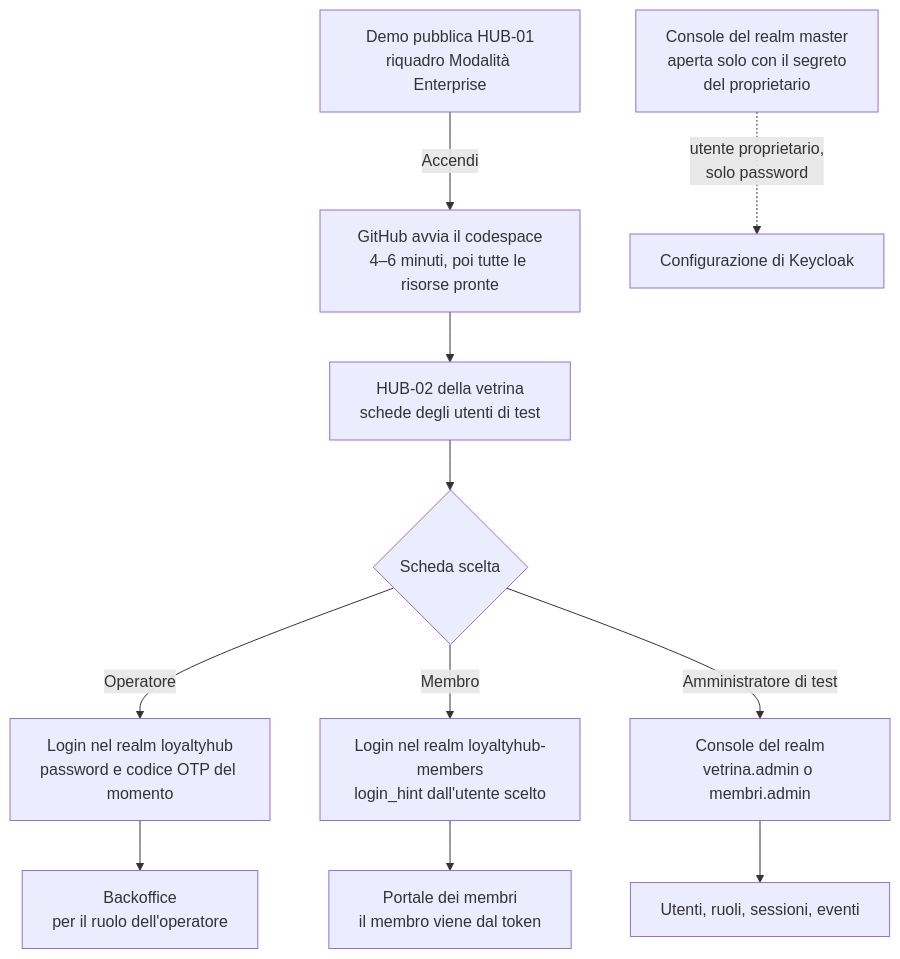
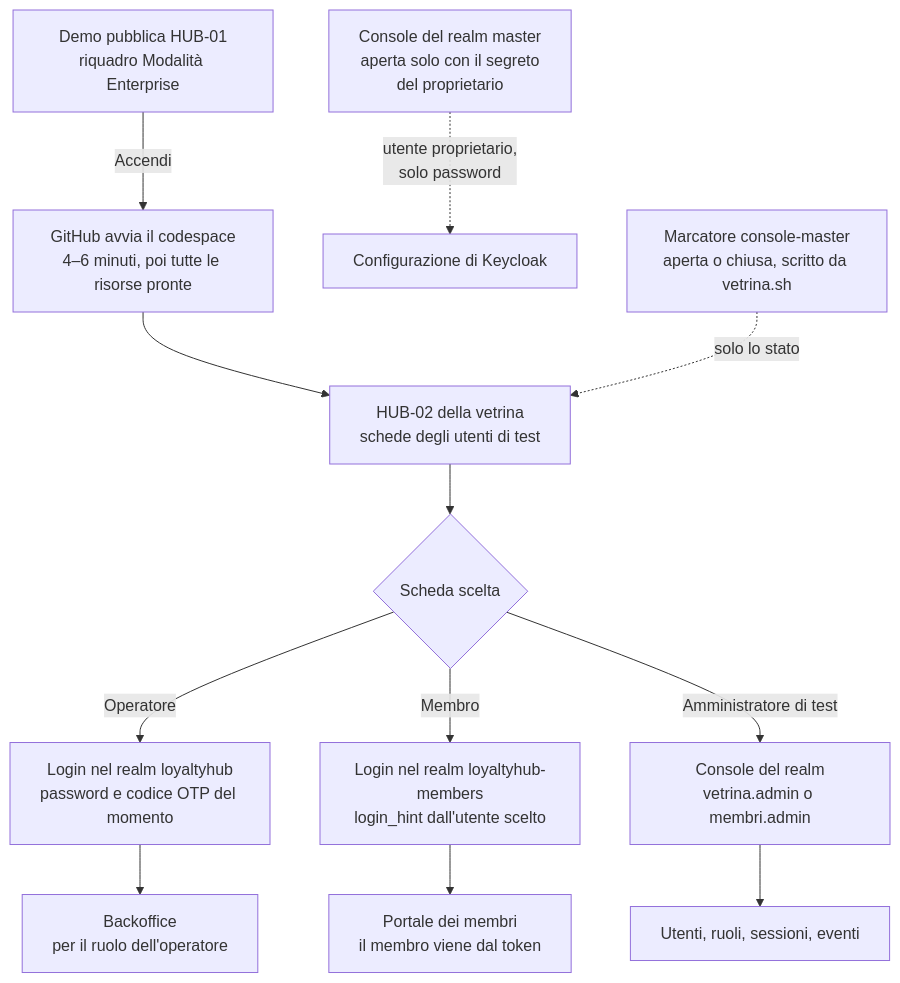
Before and after one commit to peppe-ruv/Loyalty_Sys: the fifth of 12 diagrams in concetti/vetrina-enterprise.mdx, drawn with Mermaid. The commit also changed other lines of this file and 17 other files, not shown here.

First line of the commit message:
feat(hub): HUB-02 mostra la console del realm master con stato aperta o chiusa [F2-DIST-09, ADR-055, Q-727, docs/18 M8.14] (#246)

````diff
--- a/concetti/vetrina-enterprise.mdx
+++ b/concetti/vetrina-enterprise.mdx
@@ -136,15 +136,16 @@
 ```mermaid
 flowchart TD
   accTitle: Percorso dal browser verso la vetrina enterprise
-  accDescr: Il visitatore parte dalla demo pubblica, accende la modalità Enterprise con il pulsante nel riquadro, attende l'avvio del codespace e arriva a HUB-02 della vetrina. Lì sceglie la scheda di un utente di test: l'operatore entra nel realm loyaltyhub con password e codice OTP del momento e arriva al backoffice, il membro entra nel realm loyaltyhub-members e arriva al portale, gli amministratori di test aprono la console del proprio realm. La console del realm master si apre dallo stesso indirizzo di Keycloak solo con il segreto del proprietario.
+  accDescr: Il visitatore parte dalla demo pubblica, accende la modalità Enterprise con il pulsante nel riquadro, attende l'avvio del codespace e arriva a HUB-02 della vetrina. Lì sceglie la scheda di un utente di test: l'operatore entra nel realm loyaltyhub con password e codice OTP del momento e arriva al backoffice, il membro entra nel realm loyaltyhub-members e arriva al portale, gli amministratori di test aprono la console del proprio realm. La console del realm master si apre dallo stesso indirizzo di Keycloak solo con il segreto del proprietario. HUB-02 legge dal marcatore console-master, scritto dallo script della vetrina, solo lo stato aperta o chiusa.
   A[Demo pubblica HUB-01<br/>riquadro Modalità Enterprise] -->|Accendi| B[GitHub avvia il codespace<br/>4–6 minuti, poi tutte le risorse pronte]
   B --> C[HUB-02 della vetrina<br/>schede degli utenti di test]
   C --> D{Scheda scelta}
   D -->|Operatore| E[Login nel realm loyaltyhub<br/>password e codice OTP del momento]
   D -->|Membro| F[Login nel realm loyaltyhub-members<br/>login_hint dall'utente scelto]
   D -->|Amministratore di test| G[Console del realm<br/>vetrina.admin o membri.admin]
   E --> H[Backoffice<br/>per il ruolo dell'operatore]
   F --> I[Portale dei membri<br/>il membro viene dal token]
   G --> J[Utenti, ruoli, sessioni, eventi]
   P[Console del realm master<br/>aperta solo con il segreto<br/>del proprietario] -.->|utente proprietario,<br/>solo password| K[Configurazione di Keycloak]
+  S[Marcatore console-master<br/>aperta o chiusa, scritto da vetrina.sh] -.->|solo lo stato| C
 ```
````
